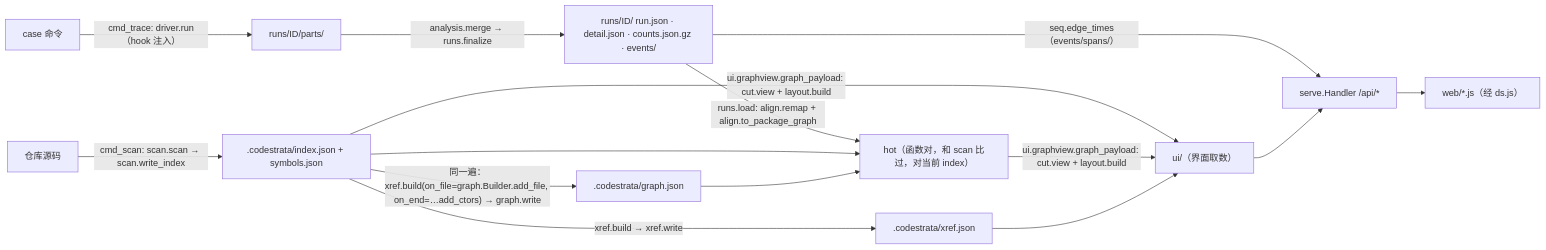
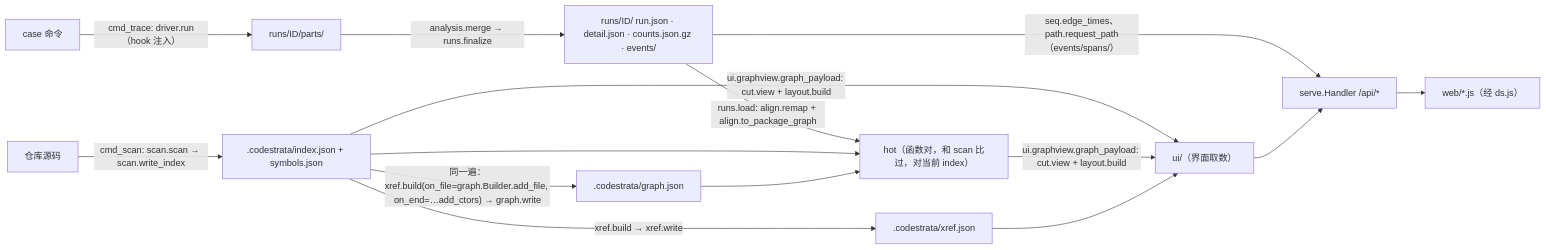
One commit to noviorlu/codestrata changed the diagram in docs/ARCHITECTURE.md. Above: the diagram before and after it, drawn with Mermaid. The commit also changed other lines of this file and 19 other files, not shown here.

````diff
--- a/docs/ARCHITECTURE.md
+++ b/docs/ARCHITECTURE.md
@@ -35,16 +35,16 @@
 ```mermaid
 flowchart LR
   SRC["仓库源码"] -->|"cmd_scan: scan.scan → scan.write_index"| IDX[".codestrata/index.json + symbols.json"]
   IDX -->|"xref.build → xref.write"| XR[".codestrata/xref.json"]
   IDX -->|"同一遍：xref.build(on_file=graph.Builder.add_file, on_end=…add_ctors) → graph.write"| GR[".codestrata/graph.json"]
   CMD["case 命令"] -->|"cmd_trace: driver.run（hook 注入）"| PARTS["runs/ID/parts/"]
   PARTS -->|"analysis.merge → runs.finalize"| RUN["runs/ID/ run.json · detail.json · counts.json.gz · events/"]
   RUN -->|"runs.load: align.remap + align.to_package_graph"| HOT["hot（函数对，和 scan 比过，对当前 index）"]
   IDX --> HOT
   GR --> HOT
   IDX & HOT -->|"ui.graphview.graph_payload: cut.view + layout.build"| PL["ui/（界面取数）"]
   XR --> PL
-  RUN -->|"seq.edge_times（events/spans/）"| API
+  RUN -->|"seq.edge_times、path.request_path（events/spans/）"| API
   PL --> API["serve.Handler /api/*"]
   API --> WEB["web/*.js（经 ds.js）"]
 ```
````
